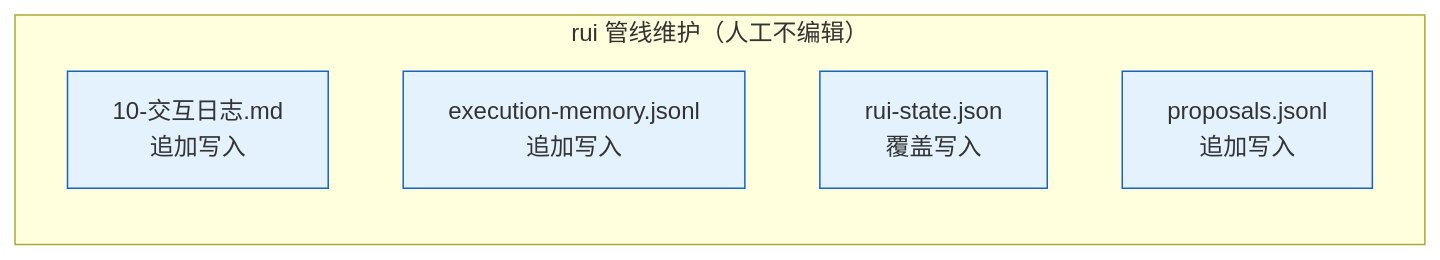
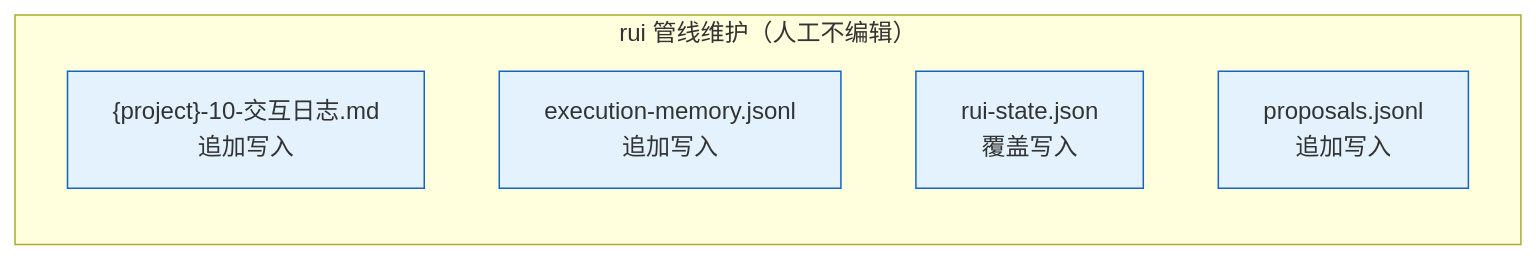
One commit to effiy/YrY changed the fourth of 5 diagrams in skills/rui/coder.md. Above: the diagram before and after it, drawn with Mermaid. The commit also changed other lines of this file and 17 other files, not shown here.

````diff
--- a/skills/rui/coder.md
+++ b/skills/rui/coder.md
@@ -141,11 +141,11 @@
 ```mermaid
 flowchart LR
     subgraph 管理["rui 管线维护（人工不编辑）"]
-        M0["10-交互日志.md<br/>追加写入"]:::data
+        M0["{project}-10-交互日志.md<br/>追加写入"]:::data
         M1["execution-memory.jsonl<br/>追加写入"]:::data
         M2["rui-state.json<br/>覆盖写入"]:::data
         M3["proposals.jsonl<br/>追加写入"]:::data
     end
 
     classDef data fill:#e3f2fd,stroke:#1565c0;
 ```
````
